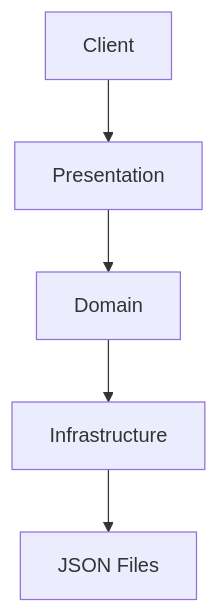
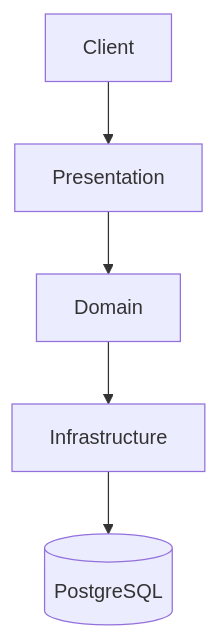
Before and after one commit to Dave2826/ArqSoft-S05-DavidMorales: the first of 2 diagrams in README.md, drawn with Mermaid. The commit also changed other lines of this file, not shown here.

````diff
--- a/README.md
+++ b/README.md
@@ -11,7 +9,7 @@
 ```mermaid
 graph TB
     Client --> Presentation
     Presentation --> Domain
     Domain --> Infrastructure
-    Infrastructure --> JSON[JSON Files]
+    Infrastructure --> DB[(PostgreSQL)]
 ```
````
